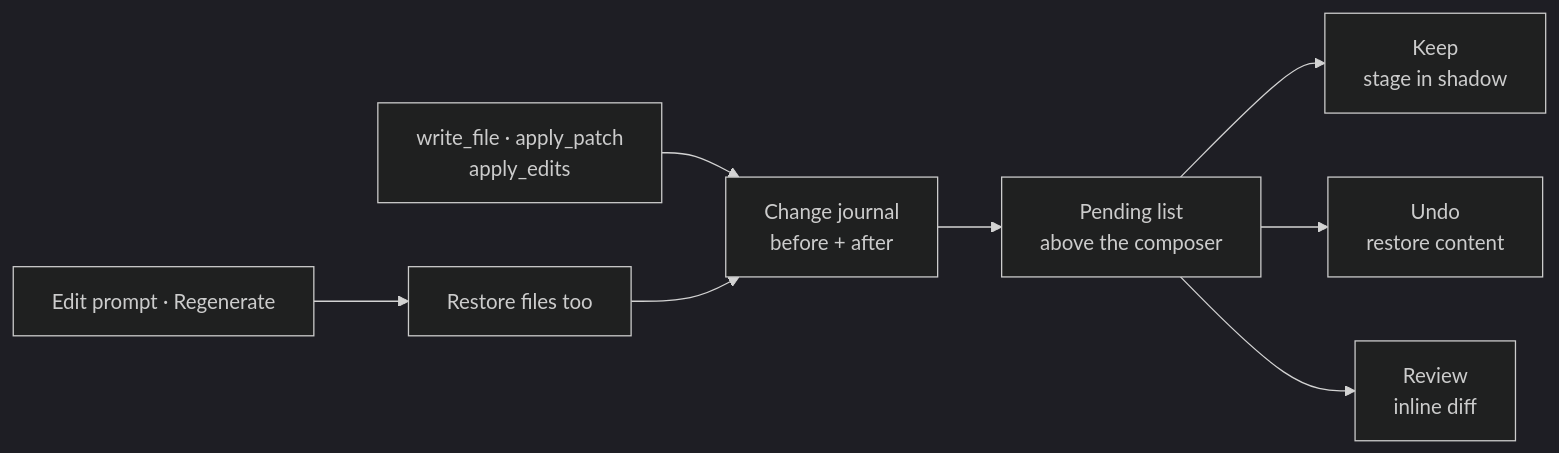
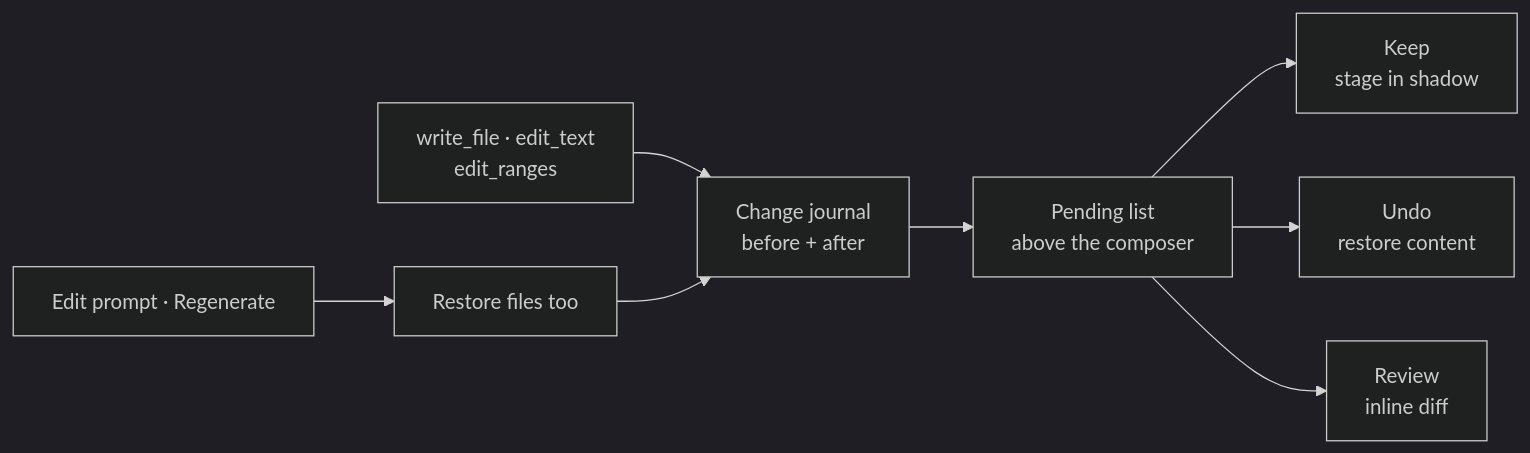
The diagram in docs/guide/checkpoints.md (zeroDtree/comonad-vscode-extension), drawn with Mermaid (dark theme) before and after one commit. The commit also changed 19 other files, not shown here.

````diff
--- a/docs/guide/checkpoints.md
+++ b/docs/guide/checkpoints.md
@@ -7,10 +7,10 @@
 ```mermaid
 flowchart LR
-  Write["write_file · apply_patch<br/>apply_edits"] --> Journal["Change journal<br/>before + after"]
+  Write["write_file · edit_text<br/>edit_ranges"] --> Journal["Change journal<br/>before + after"]
   Journal --> Pending["Pending list<br/>above the composer"]
   Pending --> Keep["Keep<br/>stage in shadow"]
   Pending --> Undo["Undo<br/>restore content"]
   Pending --> Review["Review<br/>inline diff"]
   Prompt["Edit prompt · Regenerate"] --> Restore["Restore files too"]
   Restore --> Journal
 ```
````
